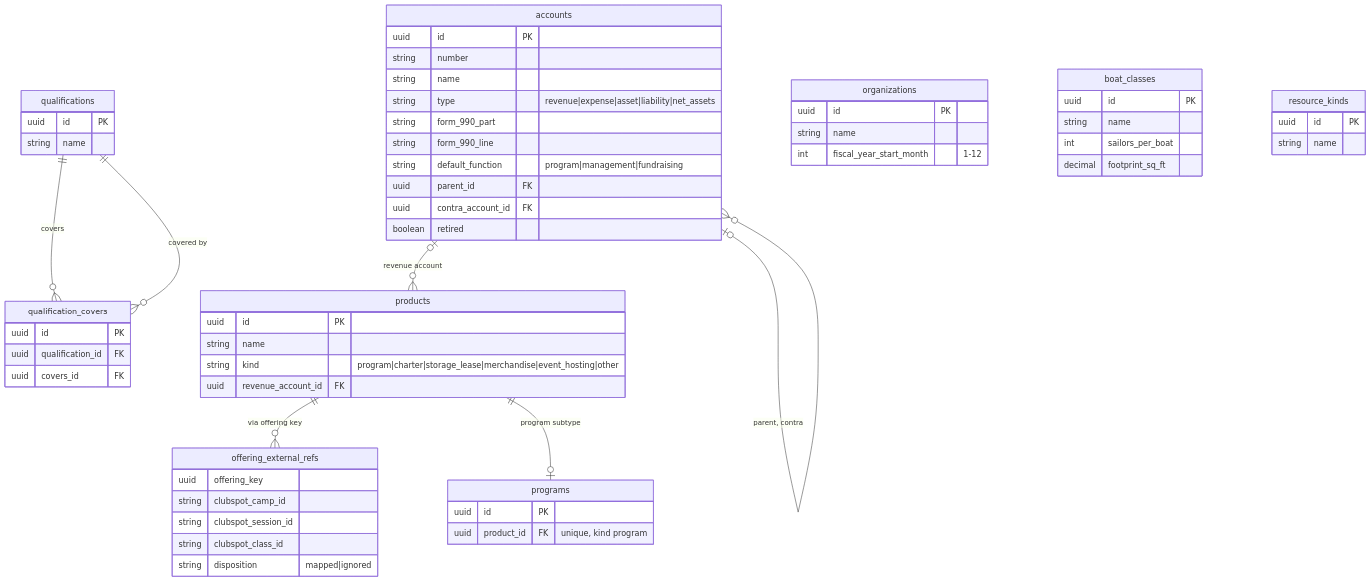
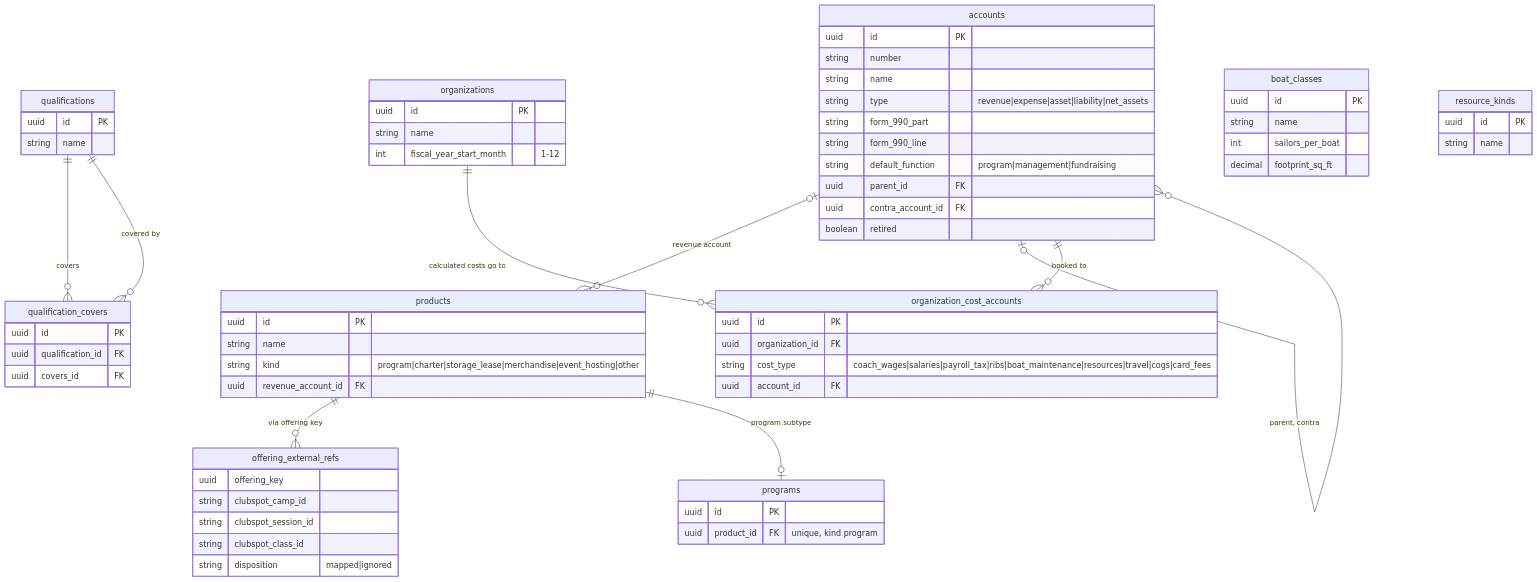
The first of 5 diagrams in docs/planning-schema.md (cyc-seattle/platform), drawn with Mermaid before and after one commit. The commit also changed other lines of this file and 56 other files, not shown here.

````diff
--- a/docs/planning-schema.md
+++ b/docs/planning-schema.md
@@ -35,63 +37,71 @@
 ```mermaid
 erDiagram
     products ||--o{ offering_external_refs : "via offering key"
     accounts |o--o{ products : "revenue account"
     qualifications ||--o{ qualification_covers : covers
     qualifications ||--o{ qualification_covers : "covered by"
     accounts |o--o{ accounts : "parent, contra"
     products ||--o| programs : "program subtype"
+    organizations ||--o{ organization_cost_accounts : "calculated costs go to"
+    accounts ||--o{ organization_cost_accounts : "booked to"
 
     products {
         uuid id PK
         string name
         string kind "program|charter|storage_lease|merchandise|event_hosting|other"
         uuid revenue_account_id FK
     }
     accounts {
         uuid id PK
         string number
         string name
         string type "revenue|expense|asset|liability|net_assets"
         string form_990_part
         string form_990_line
         string default_function "program|management|fundraising"
         uuid parent_id FK
         uuid contra_account_id FK
         boolean retired
     }
     qualifications {
         uuid id PK
         string name
     }
     programs {
         uuid id PK
         uuid product_id FK "unique, kind program"
     }
     organizations {
         uuid id PK
         string name
         int fiscal_year_start_month "1-12"
     }
     qualification_covers {
         uuid id PK
         uuid qualification_id FK
         uuid covers_id FK
     }
     boat_classes {
         uuid id PK
         string name
         int sailors_per_boat
         decimal footprint_sq_ft
     }
     resource_kinds {
         uuid id PK
         string name
     }
+    organization_cost_accounts {
+        uuid id PK
+        uuid organization_id FK
+        string cost_type "coach_wages|salaries|payroll_tax|ribs|boat_maintenance|resources|travel|cogs|card_fees"
+        uuid account_id FK
+    }
     offering_external_refs {
         uuid offering_key
         string clubspot_camp_id
         string clubspot_session_id
         string clubspot_class_id
         string disposition "mapped|ignored"
     }
 ```
````
